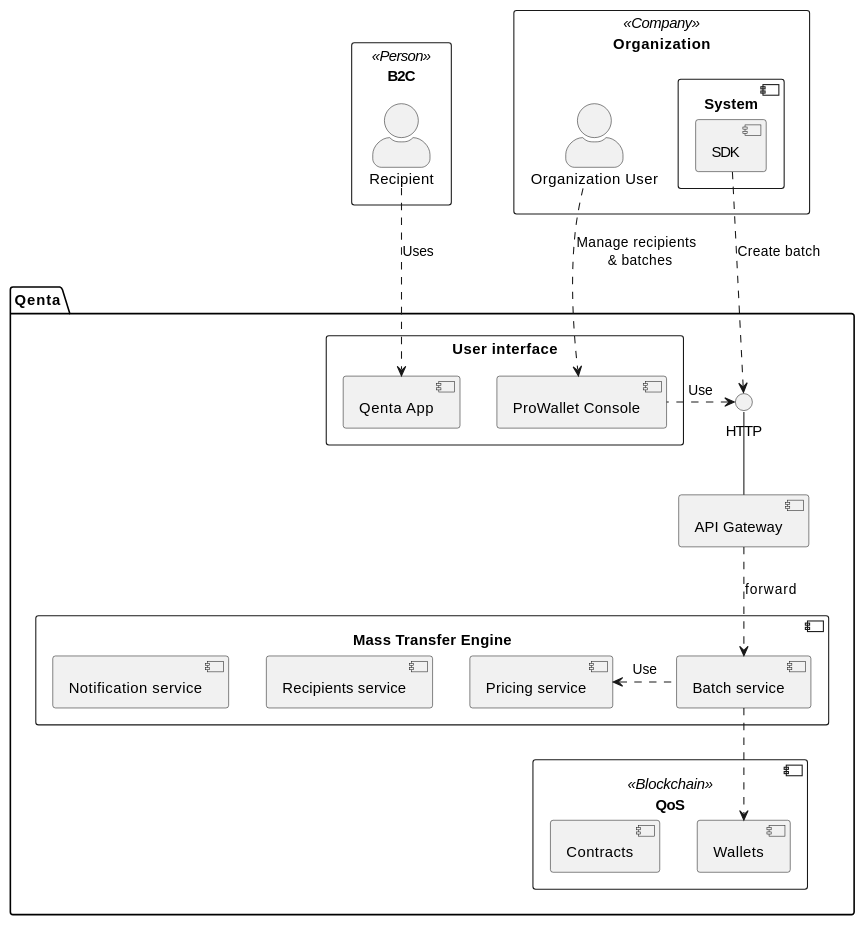
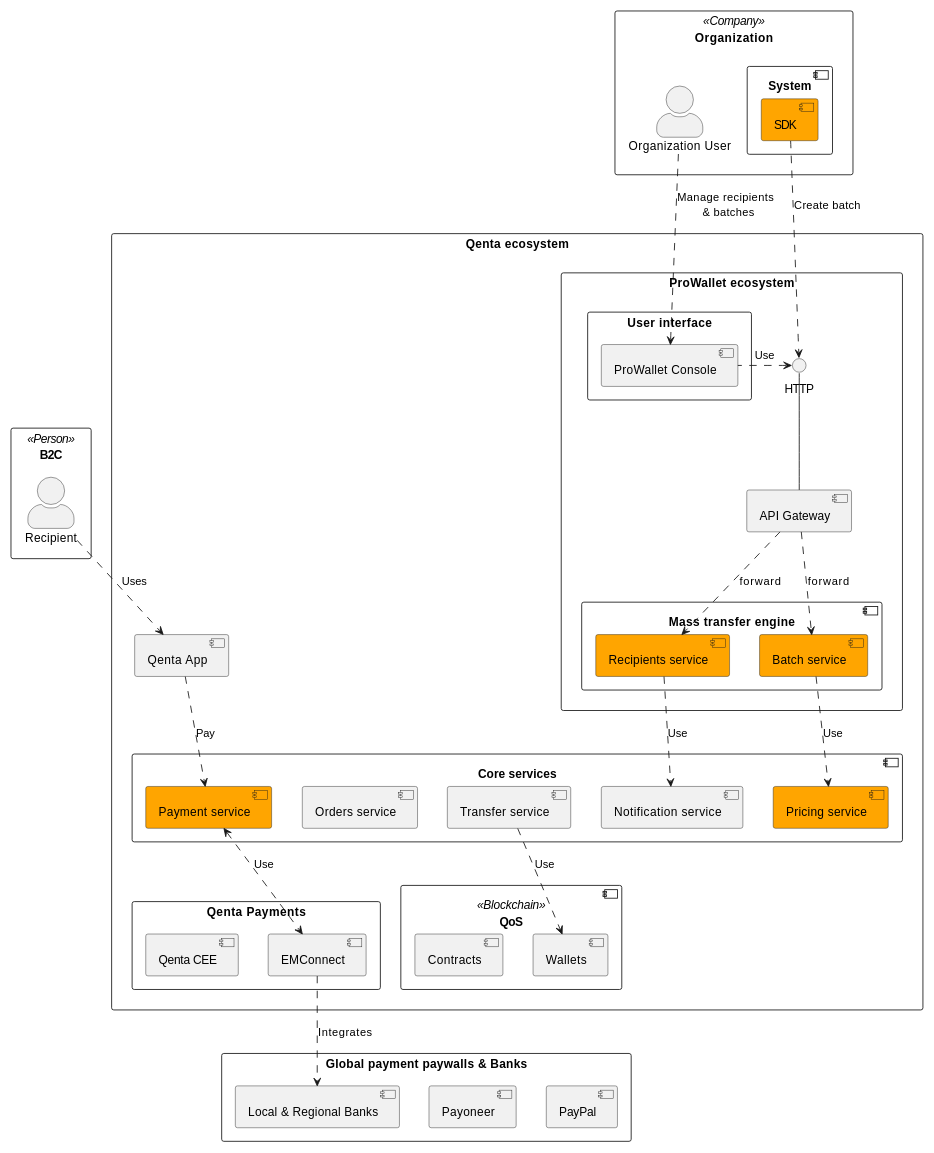
Before and after one commit to qenta-cee/developer-qenta-com: the first of 2 diagrams in Writerside/topics/Mass-Transfers.md, drawn with PlantUML. The commit also changed 1 other file, not shown here.

Commit message:
Doc(TreasuryManagement): add reference architecture diagrams

````diff
--- a/Writerside/topics/Mass-Transfers.md
+++ b/Writerside/topics/Mass-Transfers.md
@@ -6,6 +6,7 @@
 ```plantuml
 @startuml
 
+scale max 870 width
 skinparam actorStyle awesome
 
 rectangle "B2C" <<Person>> {
@@ -14,33 +15,58 @@
 
 rectangle "Organization" <<Company>> {
     component "System" {
-        [SDK]
+        [SDK] #orange
     }
     actor "Organization User" as OU
 }
 
-package "Qenta" {
-    interface "HTTP" as HTTP
-    HTTP -down- [API Gateway]
-    
-    rectangle "User interface" {
-        [Qenta App]
-        [ProWallet Console]
+rectangle "Qenta ecosystem" {
+
+    [Qenta App]
+
+    rectangle "ProWallet ecosystem" {
+
+        interface "HTTP" as HTTP
+        HTTP -down- [API Gateway]
+
+        rectangle "User interface" {
+            [ProWallet Console]
+        }
+
+        component "Mass transfer engine" as engine {
+            [Recipients service] #orange
+            [Batch service] #orange
+        }
+
+
     }
-    
-    component "Mass Transfer Engine" as engine {
-        [Recipients service]
-        [Batch service]
-        [Pricing service]
-        [Notification service]
+
+    rectangle "Qenta Payments" {
+        [EMConnect]
+        [Qenta CEE]
     }
-    
+
+    component "Core services" as core {
+            [Pricing service] #orange
+            [Notification service]
+            [Payment service] #orange
+            [Orders service]
+            [Transfer service]
+        }
+
     component "QoS" as BC <<Blockchain>> {
         [Wallets]
         [Contracts]
     }
-    
+
 }
+
+rectangle "Global payment paywalls & Banks" {
+    [PayPal]
+    [Payoneer]
+    [Local & Regional Banks]
+}
+
 
 OU .down.> [ProWallet Console] : Manage recipients \n & batches
 Recipient .down.> [Qenta App] : Uses
@@ -49,9 +75,17 @@
 [SDK] .down.> [HTTP] : Create batch
 
 [API Gateway] .down.> [Batch service] : forward
-[Batch service] .left.> [Pricing service] : Use
+[API Gateway] .down.> [Recipients service] : forward
+[Batch service] .down.> [Pricing service] : Use
+[Recipients service] .down.> [Notification service] : Use
 
-[Batch service] .down.> [Wallets]
+[Transfer service] .down.> [Wallets] : Use
+
+[Qenta App] .down.> [Payment service] : Pay
+
+[Payment service] <.down.> [EMConnect] : Use
+
+[EMConnect] .down.> [Local & Regional Banks] : Integrates
 
 @enduml
 ```
````
